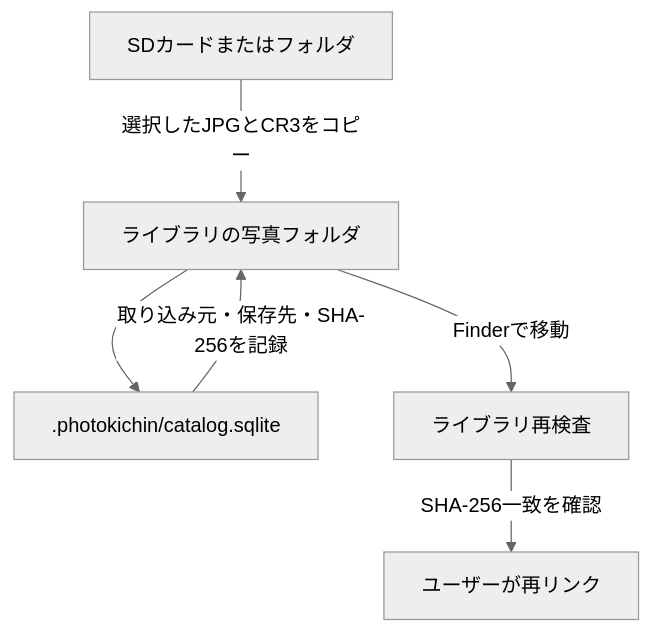
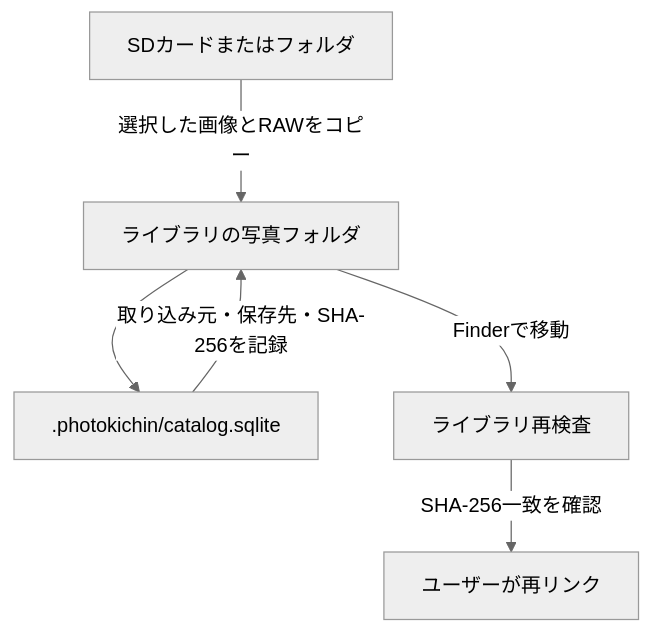
One commit to yappo/Photokichin changed the second of 2 diagrams in README.md. Above: the diagram before and after it, drawn with Mermaid (neutral theme). The commit also changed other lines of this file and 30 other files, not shown here.

Commit message:
refactor: make camera support architecture extensible

````diff
--- a/README.md
+++ b/README.md
@@ -271,8 +273,8 @@
 ```mermaid
 flowchart TD
-    A[SDカードまたはフォルダ] -->|選択したJPGとCR3をコピー| B[ライブラリの写真フォルダ]
+    A[SDカードまたはフォルダ] -->|選択した画像とRAWをコピー| B[ライブラリの写真フォルダ]
     B --> C[.photokichin/catalog.sqlite]
     C -->|取り込み元・保存先・SHA-256を記録| B
     B -->|Finderで移動| D[ライブラリ再検査]
     D -->|SHA-256一致を確認| E[ユーザーが再リンク]
 ```
````
